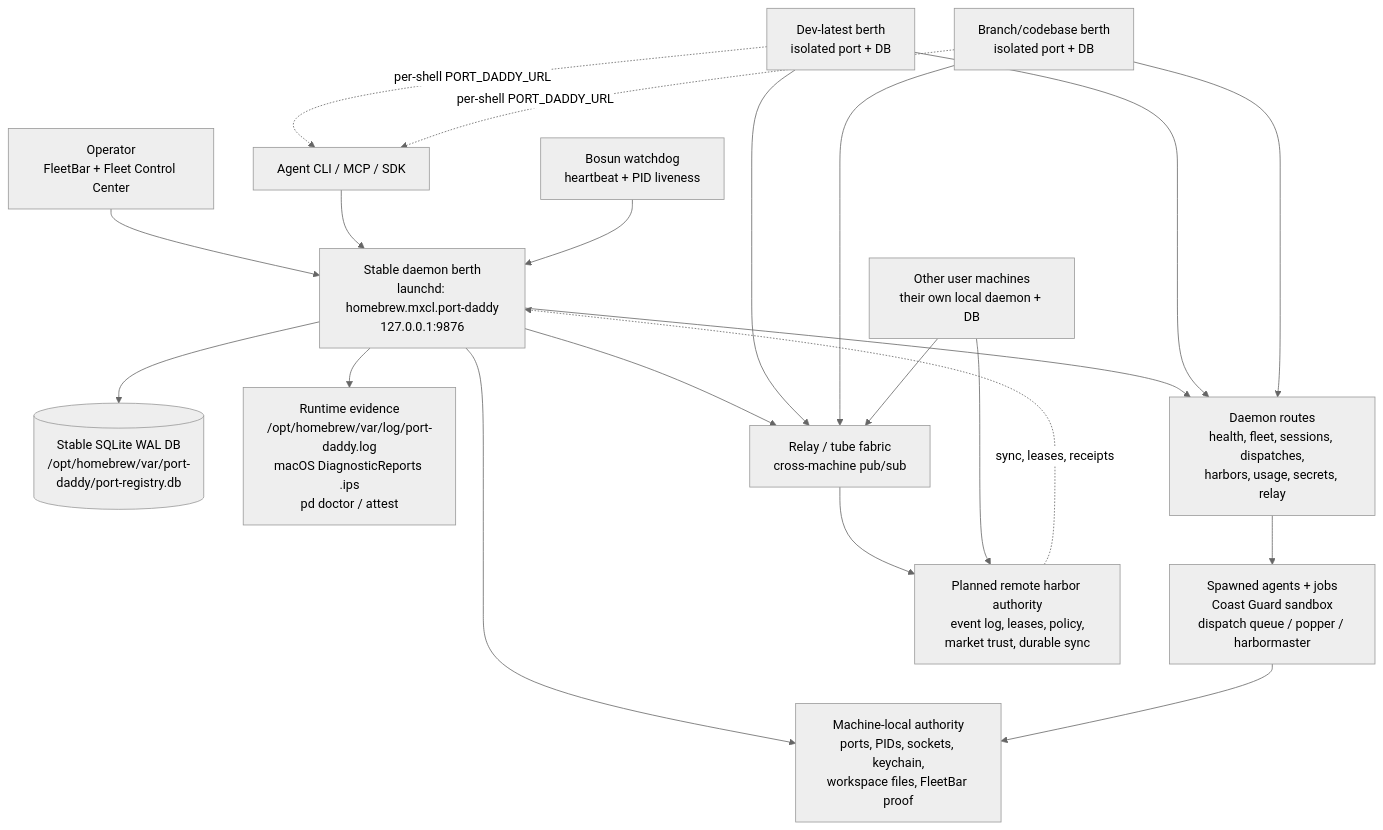
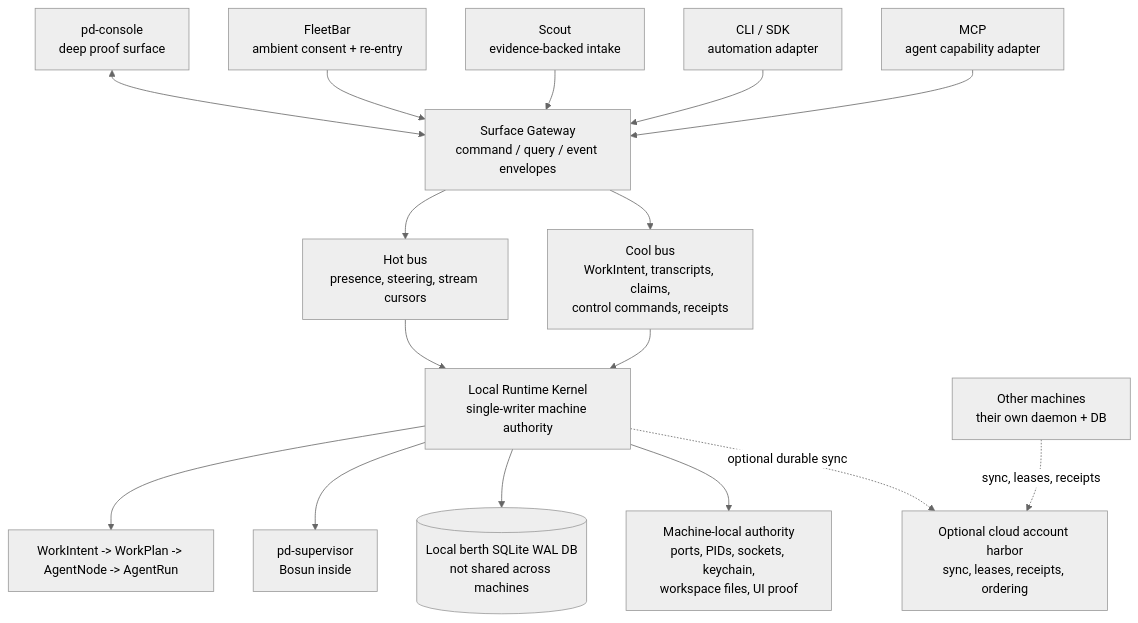
One commit to curiositech/port-daddy changed the diagram in .claude/skills/port-daddy-agent-skill/SKILL.md. Above: the diagram before and after it, drawn with Mermaid (neutral theme). The commit also changed other lines of this file and 16 other files, not shown here.

````diff
--- a/.claude/skills/port-daddy-agent-skill/SKILL.md
+++ b/.claude/skills/port-daddy-agent-skill/SKILL.md
@@ -384,38 +388,34 @@
 ```mermaid
 flowchart TB
-  Operator["Operator<br/>FleetBar + Fleet Control Center"]
-  CLI["Agent CLI / MCP / SDK"]
-  Stable["Stable daemon berth<br/>launchd: homebrew.mxcl.port-daddy<br/>127.0.0.1:9876"]
-  StableDB[("Stable SQLite WAL DB<br/>/opt/homebrew/var/port-daddy/port-registry.db")]
-  Logs["Runtime evidence<br/>/opt/homebrew/var/log/port-daddy.log<br/>macOS DiagnosticReports .ips<br/>pd doctor / attest"]
-  Bosun["Bosun watchdog<br/>heartbeat + PID liveness"]
-  DevLatest["Dev-latest berth<br/>isolated port + DB"]
-  Branch["Branch/codebase berth<br/>isolated port + DB"]
-  Routes["Daemon routes<br/>health, fleet, sessions, dispatches,<br/>harbors, usage, secrets, relay"]
-  Workers["Spawned agents + jobs<br/>Coast Guard sandbox<br/>dispatch queue / popper / harbormaster"]
-  LocalState["Machine-local authority<br/>ports, PIDs, sockets, keychain,<br/>workspace files, FleetBar proof"]
-  Relay["Relay / tube fabric<br/>cross-machine pub/sub"]
-  CloudHarbor["Planned remote harbor authority<br/>event log, leases, policy,<br/>market trust, durable sync"]
-  OtherMachine["Other user machines<br/>their own local daemon + DB"]
+  PDConsole["pd-console<br/>deep proof surface"]
+  FleetBar["FleetBar<br/>ambient consent + re-entry"]
+  Scout["Scout<br/>evidence-backed intake"]
+  CLI["CLI / SDK<br/>automation adapter"]
+  MCP["MCP<br/>agent capability adapter"]
+  SurfaceGateway["Surface Gateway<br/>command / query / event envelopes"]
+  HotBus["Hot bus<br/>presence, steering, stream cursors"]
+  CoolBus["Cool bus<br/>WorkIntent, transcripts, claims,<br/>control commands, receipts"]
+  Kernel["Local Runtime Kernel<br/>single-writer machine authority"]
+  Work["WorkIntent -> WorkPlan -> AgentNode -> AgentRun"]
+  Supervisor["pd-supervisor<br/>Bosun inside"]
+  StableDB[("Local berth SQLite WAL DB<br/>not shared across machines")]
+  LocalState["Machine-local authority<br/>ports, PIDs, sockets, keychain,<br/>workspace files, UI proof"]
+  AccountHarbor["Optional cloud account harbor<br/>sync, leases, receipts, ordering"]
+  Remote["Other machines<br/>their own daemon + DB"]
 
-  Operator --> Stable
-  CLI --> Stable
-  Stable --> StableDB
-  Stable --> Routes
-  Stable --> Logs
-  Bosun --> Stable
-  DevLatest -. per-shell PORT_DADDY_URL .-> CLI
-  Branch -. per-shell PORT_DADDY_URL .-> CLI
-  DevLatest --> Routes
-  Branch --> Routes
-  Routes --> Workers
-  Stable --> LocalState
-  Workers --> LocalState
-  Stable --> Relay
-  DevLatest --> Relay
-  Branch --> Relay
-  Relay --> CloudHarbor
-  OtherMachine --> Relay
-  OtherMachine --> CloudHarbor
-  CloudHarbor -. sync, leases, receipts .-> Stable
+  PDConsole <--> SurfaceGateway
+  FleetBar --> SurfaceGateway
+  Scout --> SurfaceGateway
+  CLI --> SurfaceGateway
+  MCP --> SurfaceGateway
+  SurfaceGateway --> HotBus
+  SurfaceGateway --> CoolBus
+  HotBus --> Kernel
+  CoolBus --> Kernel
+  Kernel --> Work
+  Kernel --> Supervisor
+  Kernel --> StableDB
+  Kernel --> LocalState
+  Kernel -. optional durable sync .-> AccountHarbor
+  Remote -. sync, leases, receipts .-> AccountHarbor
 ```
````
